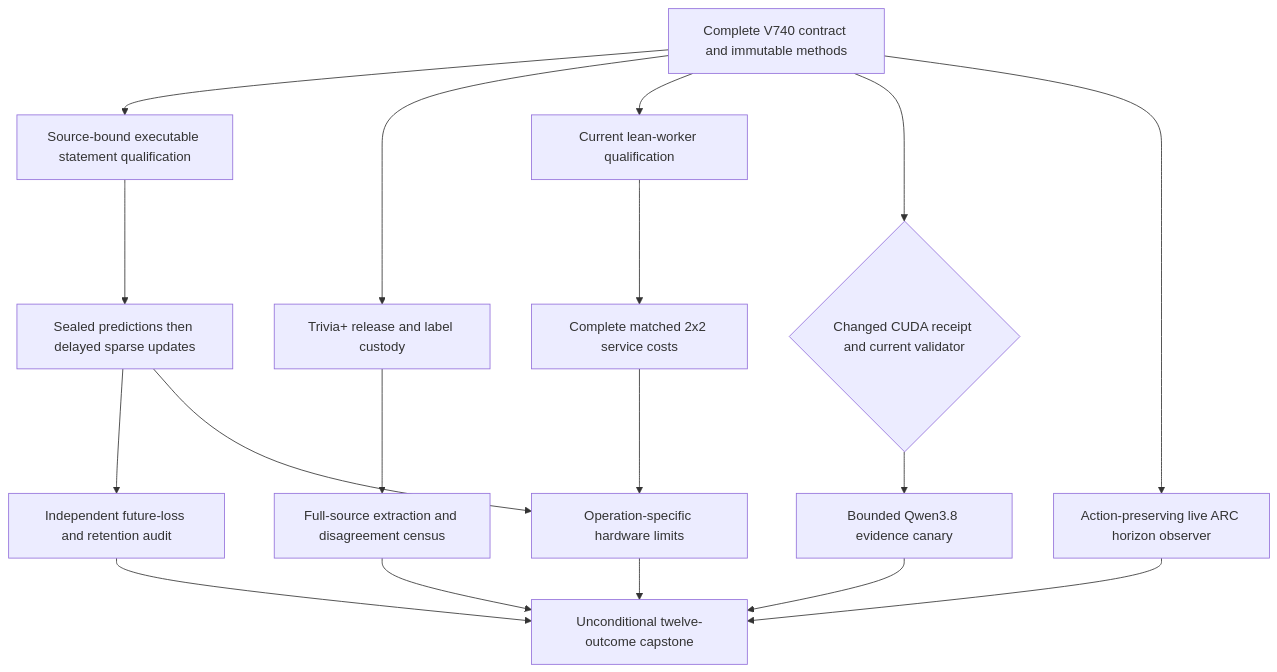
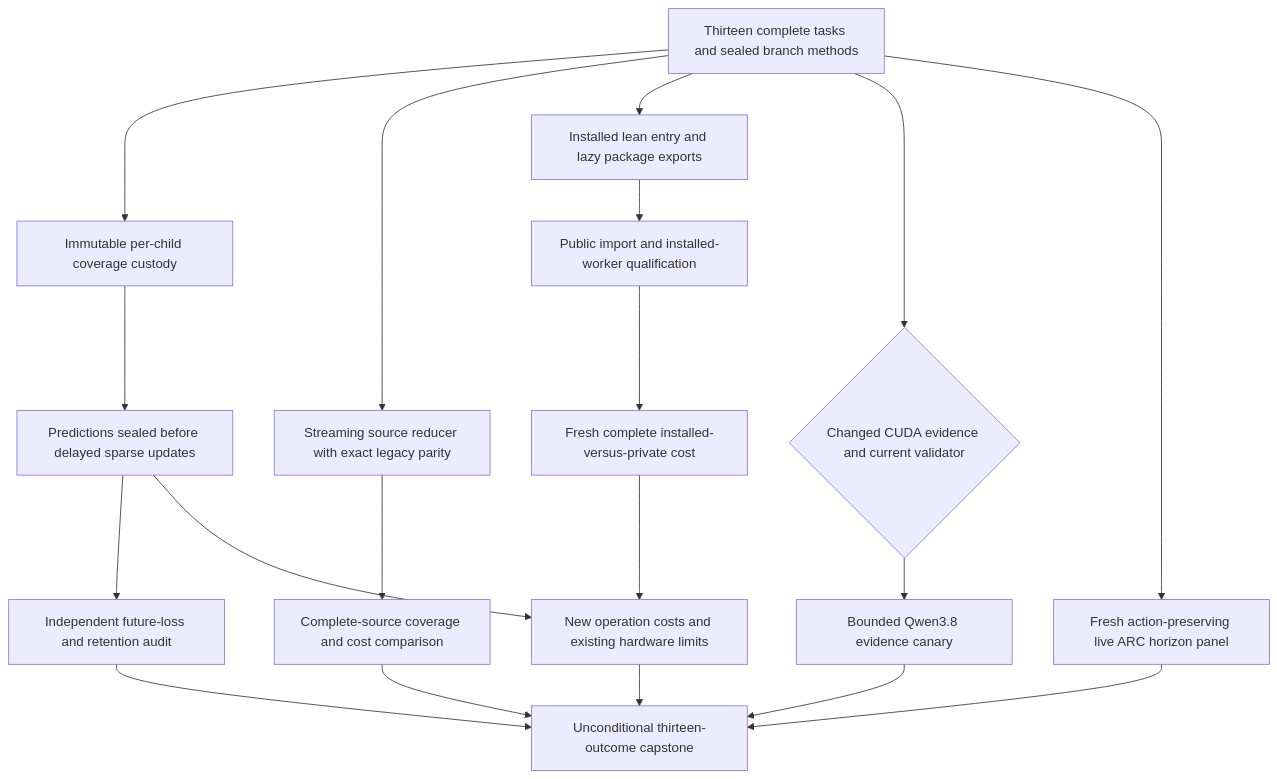
Before and after one commit to Carnot-EBM/carnot-ebm: the first of 2 diagrams in openspec/change-proposals/research-roadmap-vNEXT.md, drawn with Mermaid. The commit also changed other lines of this file and 18 other files, not shown here.

````diff
--- a/openspec/change-proposals/research-roadmap-vNEXT.md
+++ b/openspec/change-proposals/research-roadmap-vNEXT.md
@@ -95,20 +85,21 @@
 ```mermaid
 flowchart TD
-    A[Complete V740 contract and immutable methods] --> B[Source-bound executable statement qualification]
-    B --> C[Sealed predictions then delayed sparse updates]
+    A[Thirteen complete tasks and sealed branch methods] --> B[Immutable per-child coverage custody]
+    B --> C[Predictions sealed before delayed sparse updates]
     C --> D[Independent future-loss and retention audit]
-    A --> E[Trivia+ release and label custody]
-    E --> F[Full-source extraction and disagreement census]
-    A --> G[Current lean-worker qualification]
-    G --> H[Complete matched 2x2 service costs]
-    A --> I{Changed CUDA receipt and current validator}
-    I --> J[Bounded Qwen3.8 evidence canary]
-    A --> K[Action-preserving live ARC horizon observer]
-    H --> L[Operation-specific hardware limits]
-    C --> L
-    D --> M[Unconditional twelve-outcome capstone]
-    F --> M
-    J --> M
-    K --> M
-    L --> M
+    A --> E[Streaming source reducer with exact legacy parity]
+    E --> F[Complete-source coverage and cost comparison]
+    A --> G[Installed lean entry and lazy package exports]
+    G --> H[Public import and installed-worker qualification]
+    H --> I[Fresh complete installed-versus-private cost]
+    A --> J{Changed CUDA evidence and current validator}
+    J --> K[Bounded Qwen3.8 evidence canary]
+    A --> L[Fresh action-preserving live ARC horizon panel]
+    C --> M[New operation costs and existing hardware limits]
+    I --> M
+    D --> N[Unconditional thirteen-outcome capstone]
+    F --> N
+    K --> N
+    L --> N
+    M --> N
 ```
````
